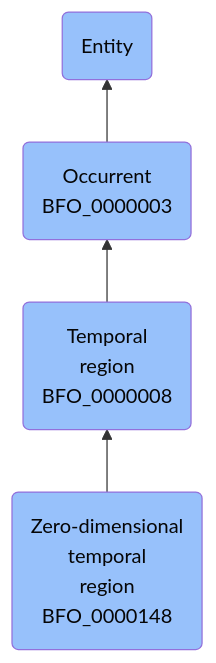
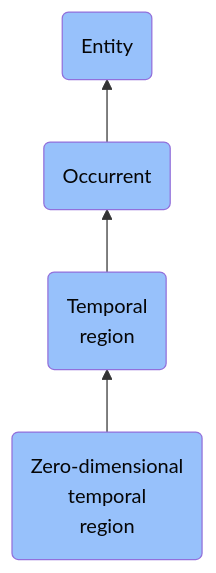
Before and after one commit to jupyter-naas/abi: the diagram in docs/ontology/reference/model/Entity/Occurrent/Temporal region/Zero-dimensional temporal region/Zero-dimensional temporal region.md, drawn with Mermaid. The commit also changed other lines of this file and 1430 other files, not shown here.

````diff
--- a/docs/ontology/reference/model/Entity/Occurrent/Temporal region/Zero-dimensional temporal region/Zero-dimensional temporal region.md
+++ b/docs/ontology/reference/model/Entity/Occurrent/Temporal region/Zero-dimensional temporal region/Zero-dimensional temporal region.md
@@ -24,11 +24,11 @@
 ```mermaid
 graph BT
-    BFO_0000148(Zero-dimensional<br>temporal<br>region<br>BFO_0000148):::BFO-->BFO_0000008
-    BFO_0000008(Temporal<br>region<br>BFO_0000008):::BFO-->BFO_0000003
-    BFO_0000003(Occurrent<br>BFO_0000003):::BFO-->BFO_0000001
+    BFO_0000148(Zero-dimensional<br>temporal<br>region):::BFO-->BFO_0000008
+    BFO_0000008(Temporal<br>region):::BFO-->BFO_0000003
+    BFO_0000003(Occurrent):::BFO-->BFO_0000001
     BFO_0000001(Entity):::BFO
     
     classDef BFO fill:#97c1fb,color:#060606
     classDef CCO fill:#e4c51e,color:#060606
     classDef ABI fill:#48DD82,color:#060606
 ```
````
